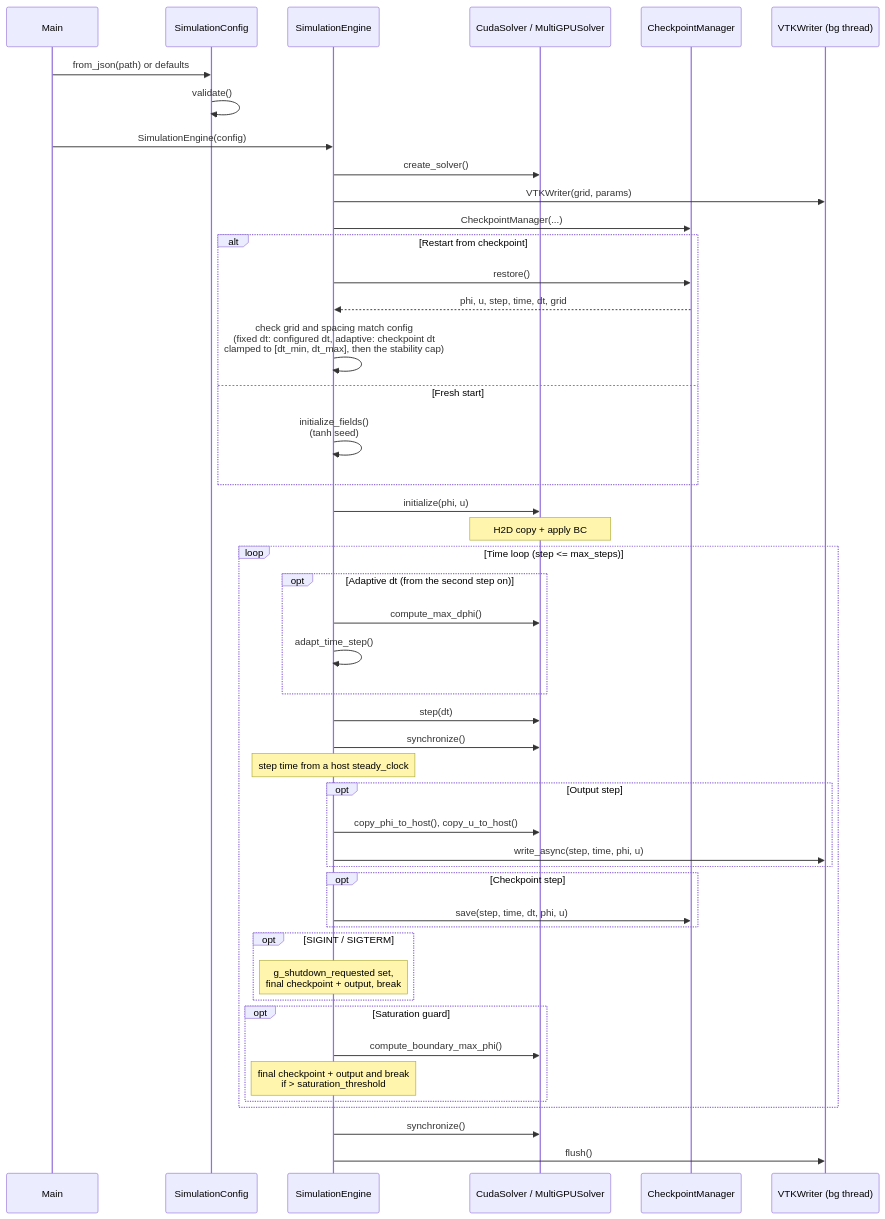
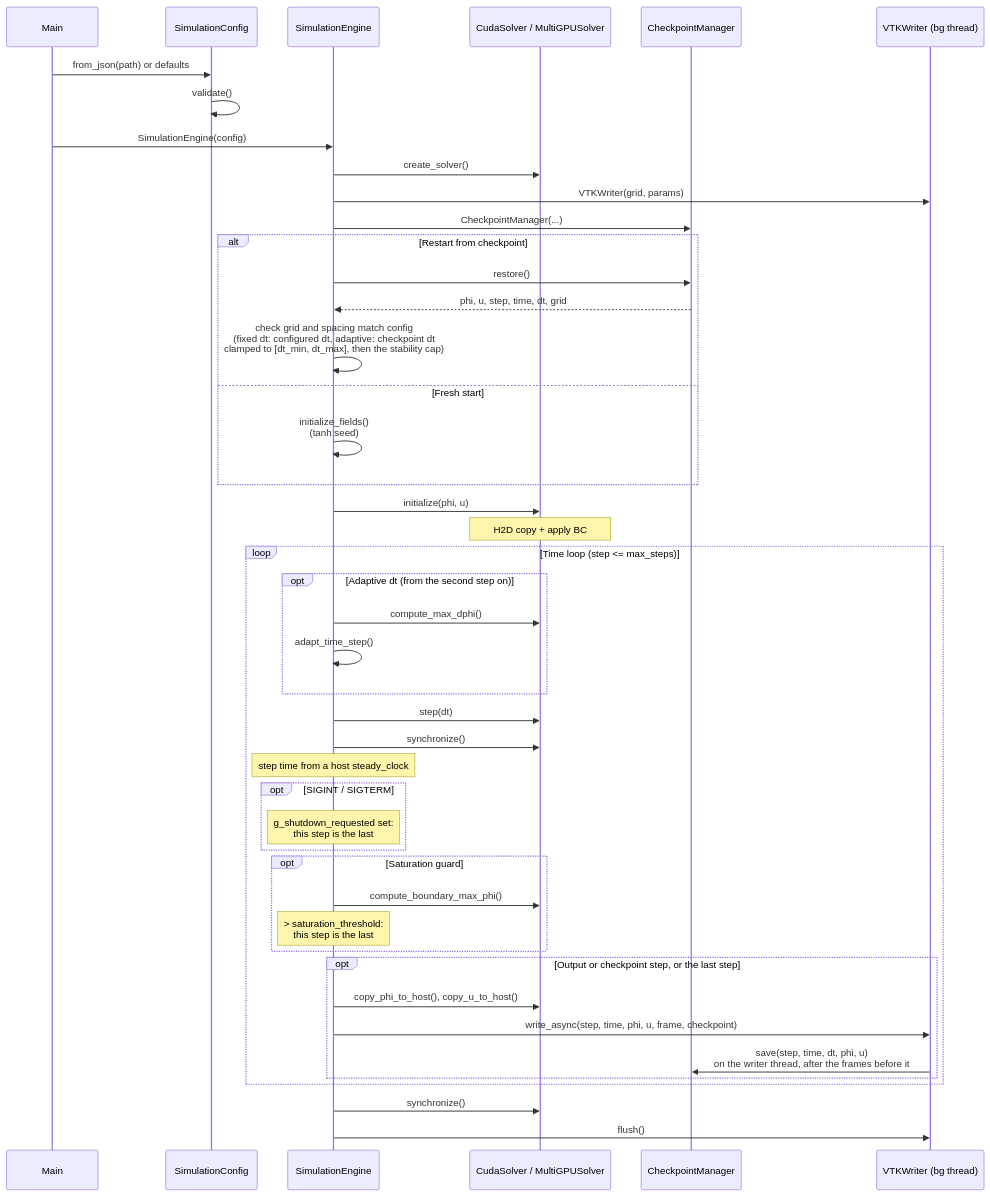
One commit to myousefi2016/Allen-Cahn-CUDA changed the third of 9 diagrams in docs/ARCHITECTURE.md. Above: the diagram before and after it, drawn with Mermaid. The commit also changed other lines of this file and 11 other files, not shown here.

````diff
--- a/docs/ARCHITECTURE.md
+++ b/docs/ARCHITECTURE.md
@@ -150,54 +150,52 @@
 ```mermaid
 sequenceDiagram
     participant Main
     participant Cfg as SimulationConfig
     participant Eng as SimulationEngine
     participant Sol as CudaSolver / MultiGPUSolver
     participant Mgr as CheckpointManager
     participant VTK as VTKWriter (bg thread)
 
     Main->>Cfg: from_json(path) or defaults
     Cfg->>Cfg: validate()
     Main->>Eng: SimulationEngine(config)
     Eng->>Sol: create_solver()
     Eng->>VTK: VTKWriter(grid, params)
     Eng->>Mgr: CheckpointManager(...)
 
     alt Restart from checkpoint
         Eng->>Mgr: restore()
         Mgr-->>Eng: phi, u, step, time, dt, grid
         Eng->>Eng: check grid and spacing match config<br/>(fixed dt: configured dt, adaptive: checkpoint dt<br/>clamped to [dt_min, dt_max], then the stability cap)
     else Fresh start
         Eng->>Eng: initialize_fields()<br/>(tanh seed)
     end
 
     Eng->>Sol: initialize(phi, u)
     Note over Sol: H2D copy + apply BC
 
     loop Time loop (step <= max_steps)
         opt Adaptive dt (from the second step on)
             Eng->>Sol: compute_max_dphi()
             Eng->>Eng: adapt_time_step()
         end
         Eng->>Sol: step(dt)
         Eng->>Sol: synchronize()
         Note over Eng: step time from a host steady_clock
-        opt Output step
-            Eng->>Sol: copy_phi_to_host(), copy_u_to_host()
-            Eng->>VTK: write_async(step, time, phi, u)
-        end
-        opt Checkpoint step
-            Eng->>Mgr: save(step, time, dt, phi, u)
-        end
         opt SIGINT / SIGTERM
-            Note over Eng: g_shutdown_requested set,<br/>final checkpoint + output, break
+            Note over Eng: g_shutdown_requested set:<br/>this step is the last
         end
         opt Saturation guard
             Eng->>Sol: compute_boundary_max_phi()
-            Note over Eng: final checkpoint + output and break<br/>if > saturation_threshold
+            Note over Eng: > saturation_threshold:<br/>this step is the last
+        end
+        opt Output or checkpoint step, or the last step
+            Eng->>Sol: copy_phi_to_host(), copy_u_to_host()
+            Eng->>VTK: write_async(step, time, phi, u, frame, checkpoint)
+            VTK->>Mgr: save(step, time, dt, phi, u)<br/>on the writer thread, after the frames before it
         end
     end
 
     Eng->>Sol: synchronize()
     Eng->>VTK: flush()
 ```
````
